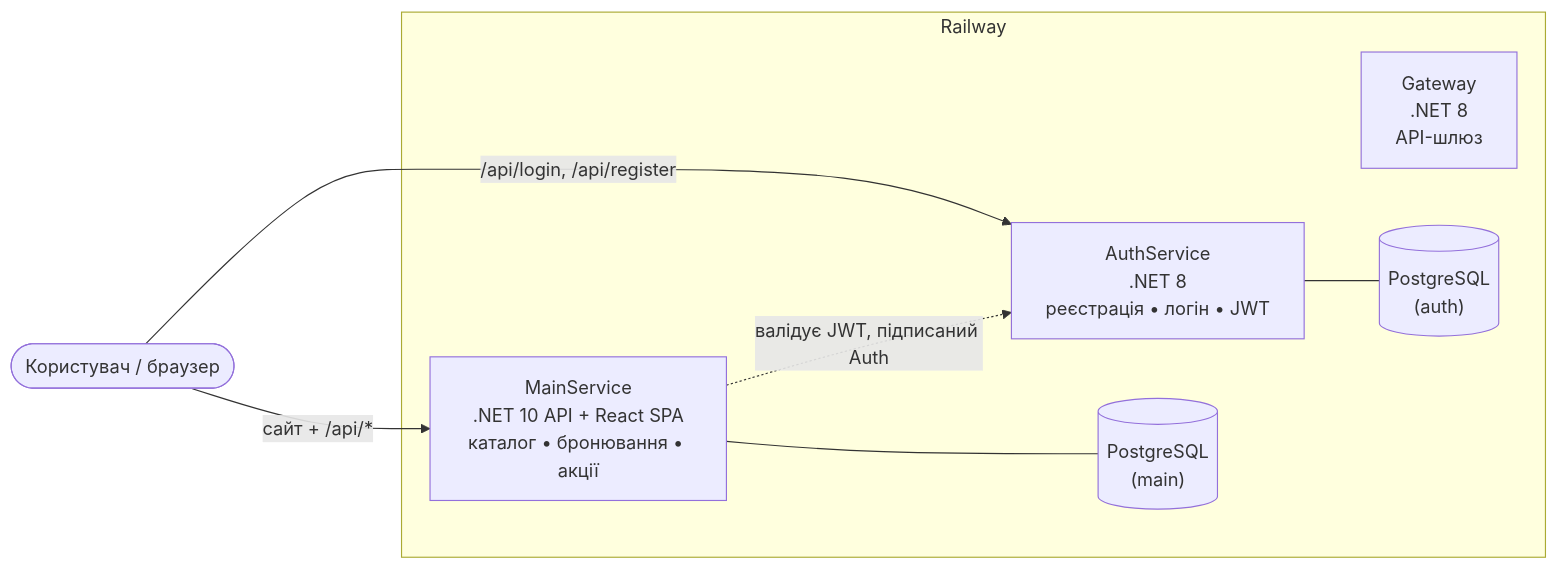
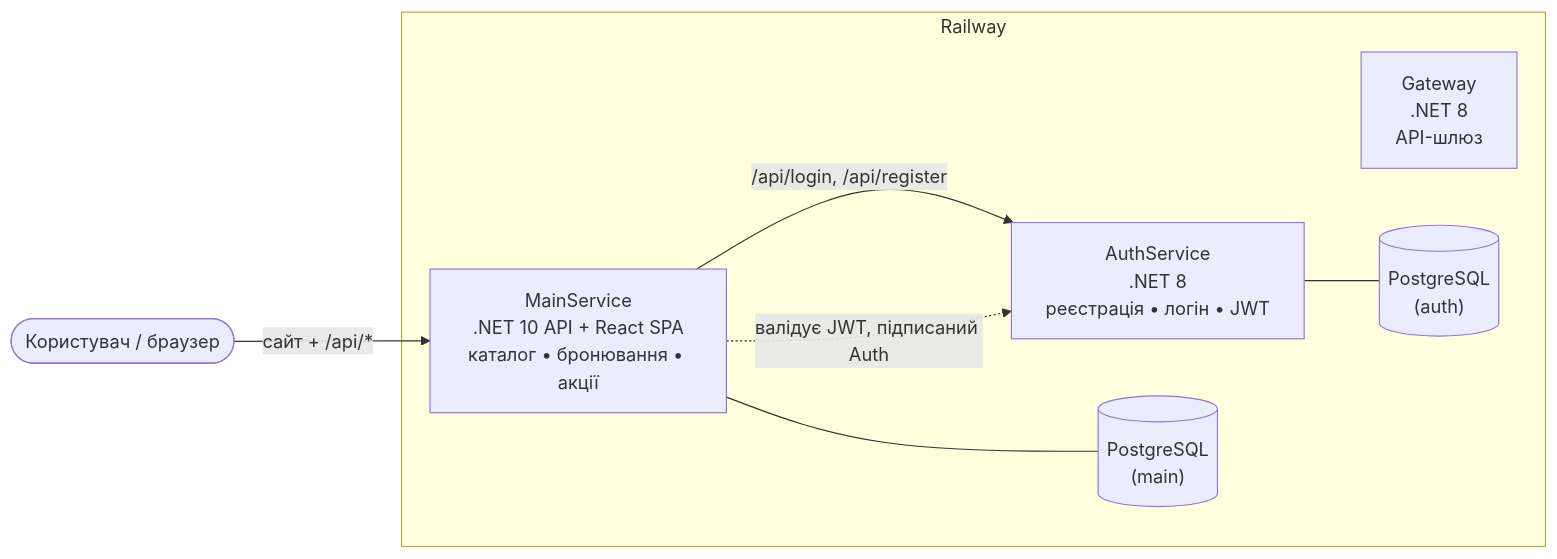
The diagram in README.md (LaGretta/CompClub), drawn with Mermaid before and after one commit.

Commit message:
fix: minimal picture fix

````diff
--- a/README.md
+++ b/README.md
@@ -13,18 +13,18 @@
 ```mermaid
 flowchart LR
     User([Користувач / браузер])
 
     subgraph Railway
         Main["MainService<br/>.NET 10 API + React SPA<br/>каталог • бронювання • акції"]
         Auth["AuthService<br/>.NET 8<br/>реєстрація • логін • JWT"]
         Gw["Gateway<br/>.NET 8<br/>API-шлюз"]
         PgMain[("PostgreSQL<br/>(main)")]
         PgAuth[("PostgreSQL<br/>(auth)")]
     end
 
     User -->|"сайт + /api/*"| Main
-    User -->|"/api/login, /api/register"| Auth
+    Main -->|"/api/login, /api/register"| Auth
     Main --- PgMain
     Auth --- PgAuth
     Main -. "валідує JWT, підписаний Auth" .-> Auth
 ```
````
